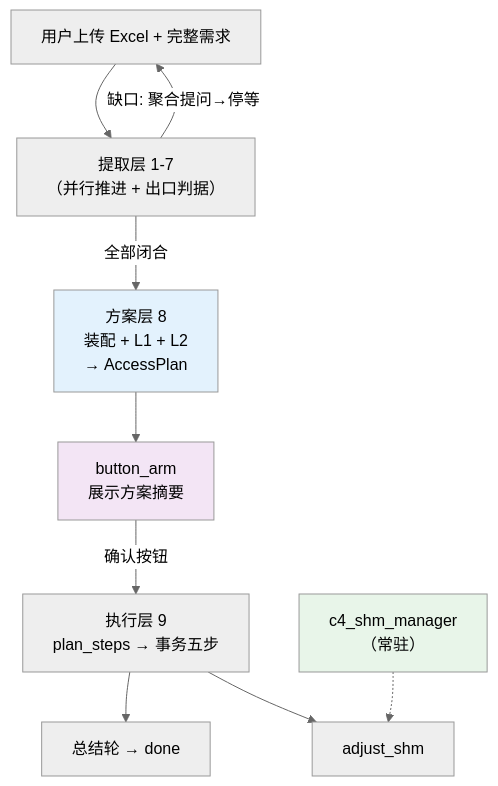
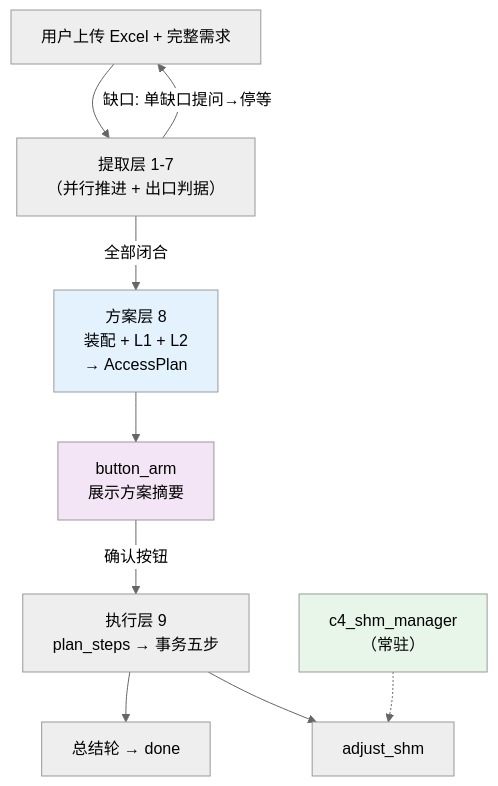
The third of 3 diagrams in docs/design/agent.md (activesys/c4), drawn with Mermaid (neutral theme) before and after one commit. The commit also changed other lines of this file and 14 other files, not shown here.

````diff
--- a/docs/design/agent.md
+++ b/docs/design/agent.md
@@ -1919,16 +1933,16 @@
 ```mermaid
 flowchart TD
     User["用户上传 Excel + 完整需求"] --> Ext["提取层 1-7<br/>（并行推进 + 出口判据）"]
-    Ext -->|"缺口: 聚合提问→停等"| User
+    Ext -->|"缺口: 单缺口提问→停等"| User
     Ext -->|"全部闭合"| Plan["方案层 8<br/>装配 + L1 + L2<br/>→ AccessPlan"]
     Plan --> Arm["button_arm<br/>展示方案摘要"]
     Arm -->|确认按钮| Exec["执行层 9<br/>plan_steps → 事务五步"]
     Exec --> Done["总结轮 → done"]
 
     SHM["c4_shm_manager<br/>（常驻）"] -.-> Adjust["adjust_shm"]
     Exec --> Adjust
 
     style SHM fill:#e8f5e9
     style Arm fill:#f3e5f5
     style Plan fill:#e3f2fd
 ```
````
